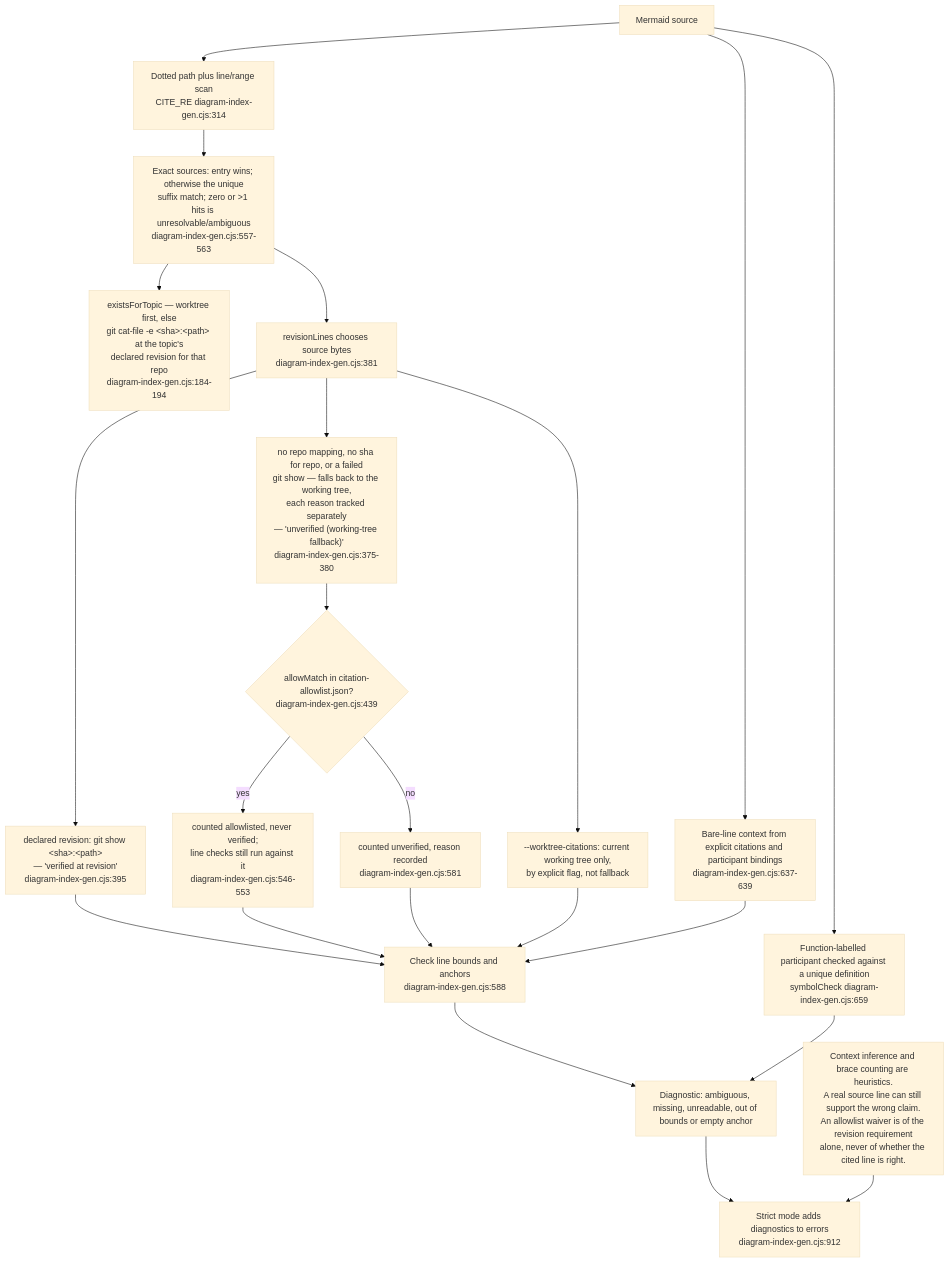
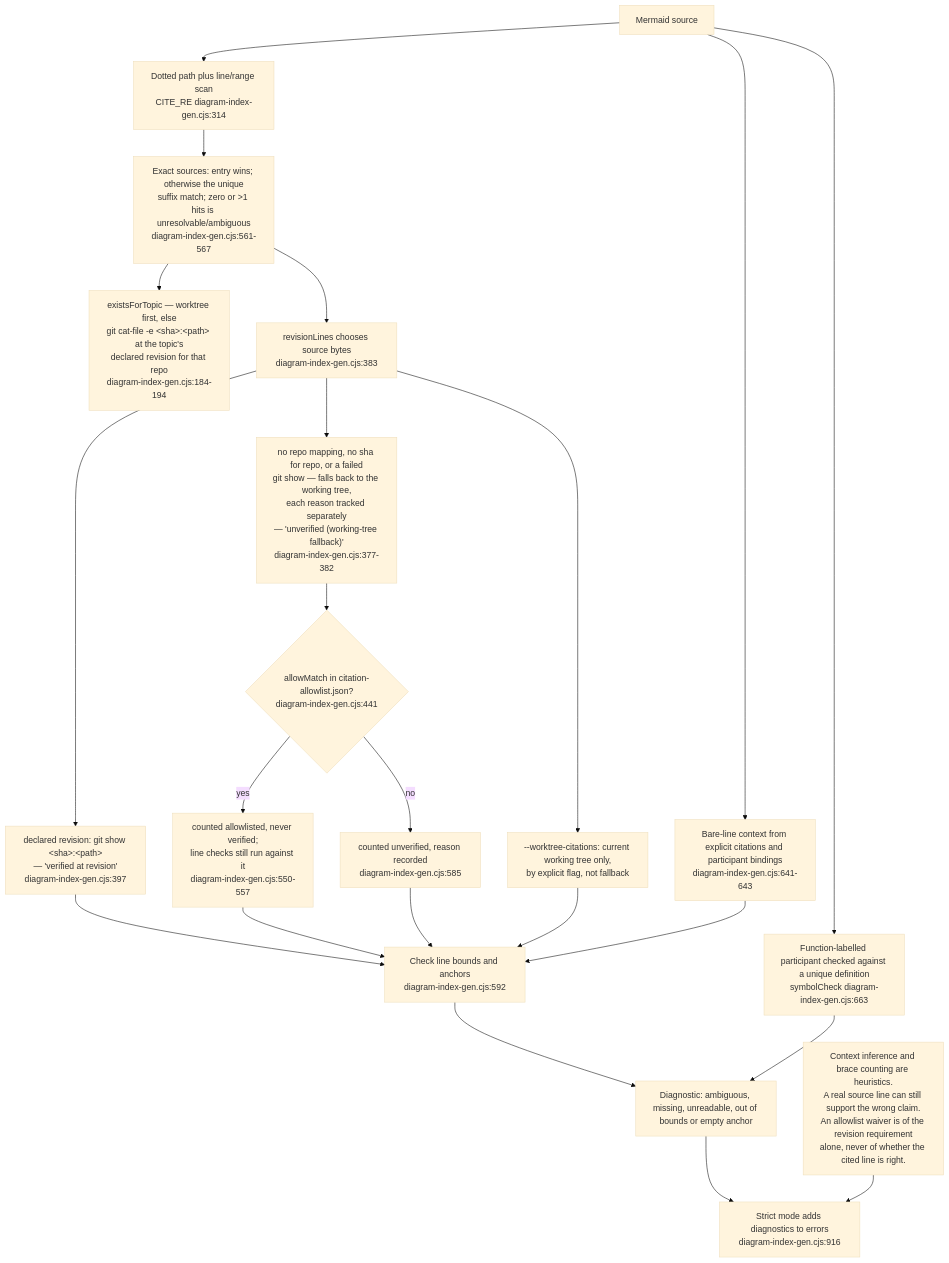
One commit to DreamLab-AI/VisionFlow changed the tenth of 15 diagrams in docs/diagrams/visionflow/06-diagram-tooling.md. Above: the diagram before and after it, drawn with Mermaid (base theme). The commit also changed other lines of this file and 7 other files, not shown here.

````diff
--- a/docs/diagrams/visionflow/06-diagram-tooling.md
+++ b/docs/diagrams/visionflow/06-diagram-tooling.md
@@ -313,24 +313,24 @@
 ```mermaid
 flowchart TB
     A["Mermaid source"] --> SCAN["Dotted path plus line/range scan<br/>CITE_RE diagram-index-gen.cjs:314"]
-    SCAN --> MATCH["Exact sources: entry wins; otherwise the unique<br/>suffix match; zero or >1 hits is unresolvable/ambiguous<br/>diagram-index-gen.cjs:557-563"]
+    SCAN --> MATCH["Exact sources: entry wins; otherwise the unique<br/>suffix match; zero or >1 hits is unresolvable/ambiguous<br/>diagram-index-gen.cjs:561-567"]
     MATCH --> EXIST["existsForTopic — worktree first, else<br/>git cat-file -e &lt;sha&gt;:&lt;path&gt; at the topic's<br/>declared revision for that repo<br/>diagram-index-gen.cjs:184-194"]
-    MATCH --> MODE["revisionLines chooses source bytes<br/>diagram-index-gen.cjs:381"]
-    MODE --> PIN["declared revision: git show &lt;sha&gt;:&lt;path&gt;<br/>— 'verified at revision'<br/>diagram-index-gen.cjs:395"]
-    MODE --> WT["no repo mapping, no sha for repo, or a failed<br/>git show — falls back to the working tree,<br/>each reason tracked separately<br/>— 'unverified (working-tree fallback)'<br/>diagram-index-gen.cjs:375-380"]
+    MATCH --> MODE["revisionLines chooses source bytes<br/>diagram-index-gen.cjs:383"]
+    MODE --> PIN["declared revision: git show &lt;sha&gt;:&lt;path&gt;<br/>— 'verified at revision'<br/>diagram-index-gen.cjs:397"]
+    MODE --> WT["no repo mapping, no sha for repo, or a failed<br/>git show — falls back to the working tree,<br/>each reason tracked separately<br/>— 'unverified (working-tree fallback)'<br/>diagram-index-gen.cjs:377-382"]
     MODE --> WTFLAG["--worktree-citations: current working tree only,<br/>by explicit flag, not fallback"]
-    PIN --> READ["Check line bounds and anchors<br/>diagram-index-gen.cjs:588"]
-    WT --> WAIVE{"allowMatch in citation-allowlist.json?<br/>diagram-index-gen.cjs:439"}
-    WAIVE -->|yes| ALLOWED["counted allowlisted, never verified;<br/>line checks still run against it<br/>diagram-index-gen.cjs:546-553"]
-    WAIVE -->|no| UNVER["counted unverified, reason recorded<br/>diagram-index-gen.cjs:581"]
+    PIN --> READ["Check line bounds and anchors<br/>diagram-index-gen.cjs:592"]
+    WT --> WAIVE{"allowMatch in citation-allowlist.json?<br/>diagram-index-gen.cjs:441"}
+    WAIVE -->|yes| ALLOWED["counted allowlisted, never verified;<br/>line checks still run against it<br/>diagram-index-gen.cjs:550-557"]
+    WAIVE -->|no| UNVER["counted unverified, reason recorded<br/>diagram-index-gen.cjs:585"]
     ALLOWED --> READ
     UNVER --> READ
     WTFLAG --> READ
-    A --> BARE["Bare-line context from explicit citations and participant bindings<br/>diagram-index-gen.cjs:637-639"]
+    A --> BARE["Bare-line context from explicit citations and participant bindings<br/>diagram-index-gen.cjs:641-643"]
     BARE --> READ
-    A --> SYMBOL["Function-labelled participant checked against a unique definition<br/>symbolCheck diagram-index-gen.cjs:659"]
+    A --> SYMBOL["Function-labelled participant checked against a unique definition<br/>symbolCheck diagram-index-gen.cjs:663"]
     READ --> DIAG["Diagnostic: ambiguous, missing, unreadable, out of bounds or empty anchor"]
     SYMBOL --> DIAG
-    DIAG --> EXIT["Strict mode adds diagnostics to errors<br/>diagram-index-gen.cjs:912"]
+    DIAG --> EXIT["Strict mode adds diagnostics to errors<br/>diagram-index-gen.cjs:916"]
     LIMIT["Context inference and brace counting are heuristics.<br/>A real source line can still support the wrong claim.<br/>An allowlist waiver is of the revision requirement<br/>alone, never of whether the cited line is right."] --> EXIT
 ```
````
